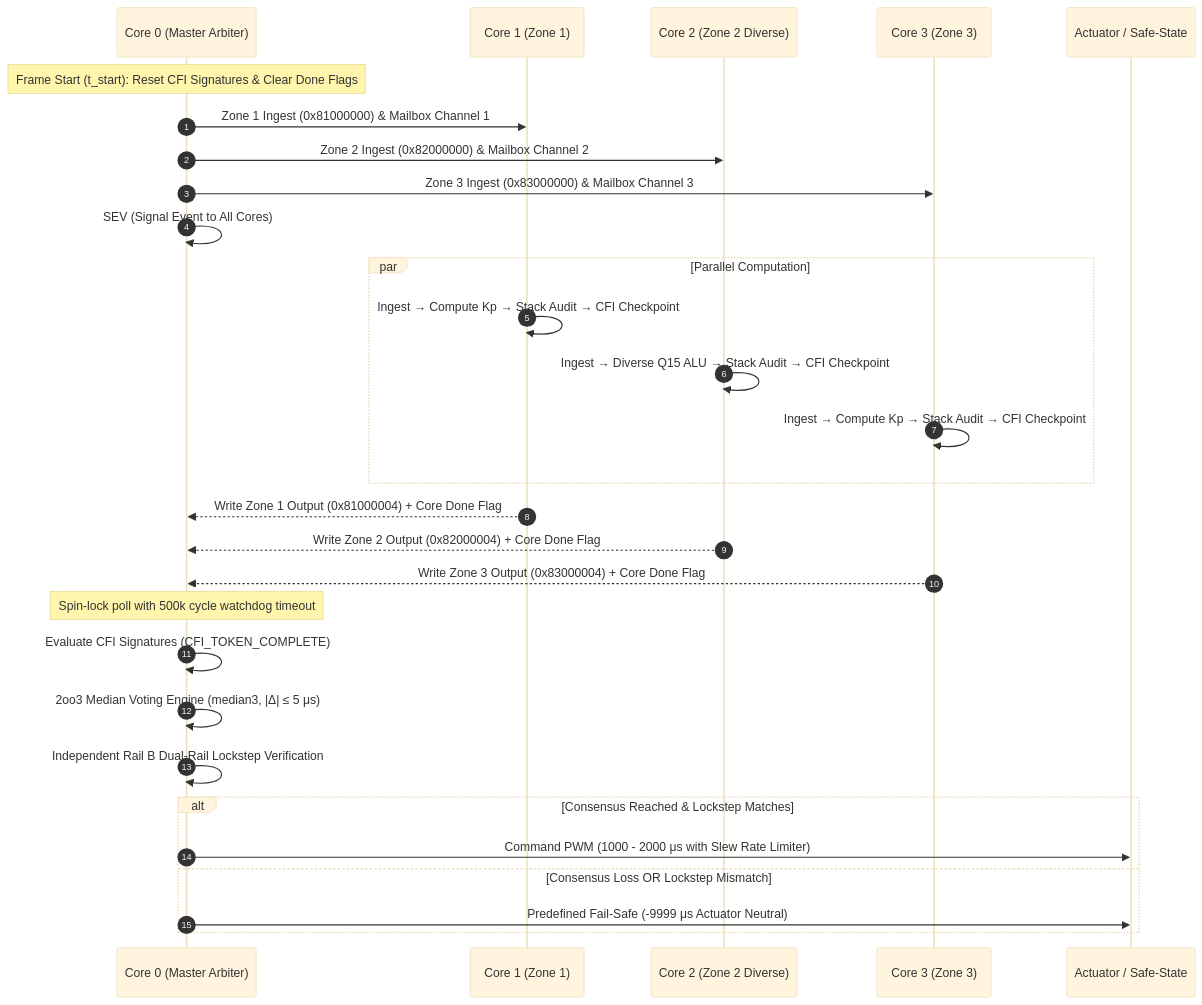
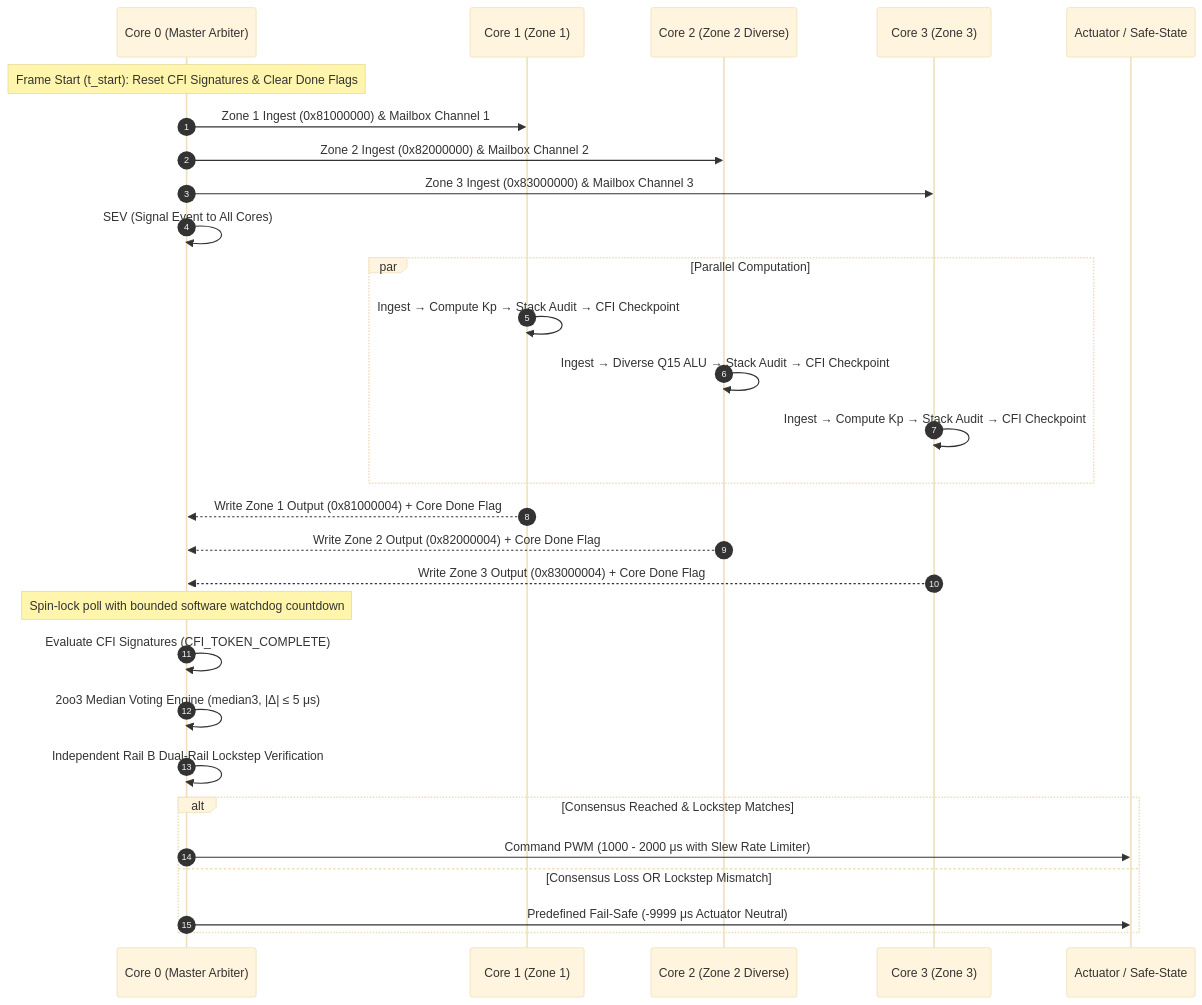
The second of 2 diagrams in README.md (mouad11-11/Bare-Metal-AMP-TMR-Flight-Computer), drawn with Mermaid (base theme) before and after one commit. The commit also changed other lines of this file and 3 other files, not shown here.

Commit message:
docs(readme): revert to colored native Mermaid architecture diagram and tune watchdog cycles

````diff
--- a/README.md
+++ b/README.md
@@ -58,36 +132,36 @@
 ```mermaid
 sequenceDiagram
     autonumber
     participant Arbiter as Core 0 (Master Arbiter)
     participant Node1 as Core 1 (Zone 1)
     participant Node2 as Core 2 (Zone 2 Diverse)
     participant Node3 as Core 3 (Zone 3)
     participant Actuator as Actuator / Safe-State
 
     Note over Arbiter: Frame Start (t_start): Reset CFI Signatures & Clear Done Flags
     Arbiter->>Node1: Zone 1 Ingest (0x81000000) & Mailbox Channel 1
     Arbiter->>Node2: Zone 2 Ingest (0x82000000) & Mailbox Channel 2
     Arbiter->>Node3: Zone 3 Ingest (0x83000000) & Mailbox Channel 3
     Arbiter->>Arbiter: SEV (Signal Event to All Cores)
     
     par Parallel Computation
         Node1->>Node1: Ingest → Compute Kp → Stack Audit → CFI Checkpoint
         Node2->>Node2: Ingest → Diverse Q15 ALU → Stack Audit → CFI Checkpoint
         Node3->>Node3: Ingest → Compute Kp → Stack Audit → CFI Checkpoint
     end
 
     Node1-->>Arbiter: Write Zone 1 Output (0x81000004) + Core Done Flag
     Node2-->>Arbiter: Write Zone 2 Output (0x82000004) + Core Done Flag
     Node3-->>Arbiter: Write Zone 3 Output (0x83000004) + Core Done Flag
 
-    Note over Arbiter: Spin-lock poll with 500k cycle watchdog timeout
+    Note over Arbiter: Spin-lock poll with bounded software watchdog countdown
     Arbiter->>Arbiter: Evaluate CFI Signatures (CFI_TOKEN_COMPLETE)
     Arbiter->>Arbiter: 2oo3 Median Voting Engine (median3, |Δ| ≤ 5 μs)
     Arbiter->>Arbiter: Independent Rail B Dual-Rail Lockstep Verification
 
     alt Consensus Reached & Lockstep Matches
         Arbiter->>Actuator: Command PWM (1000 - 2000 μs with Slew Rate Limiter)
     else Consensus Loss OR Lockstep Mismatch
         Arbiter->>Actuator: Predefined Fail-Safe (-9999 μs Actuator Neutral)
     end
 ```
````
